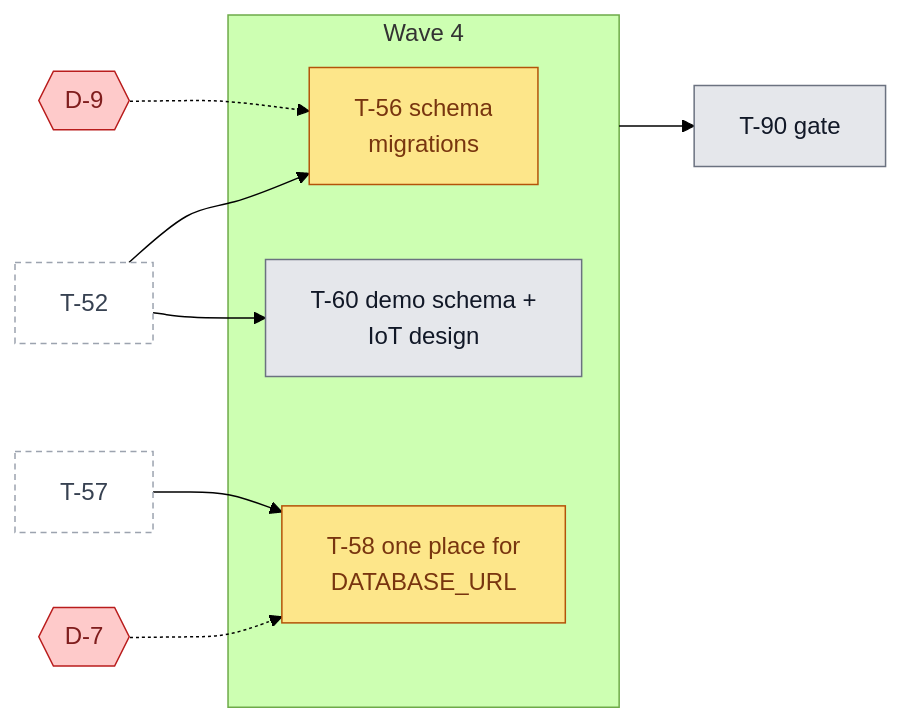
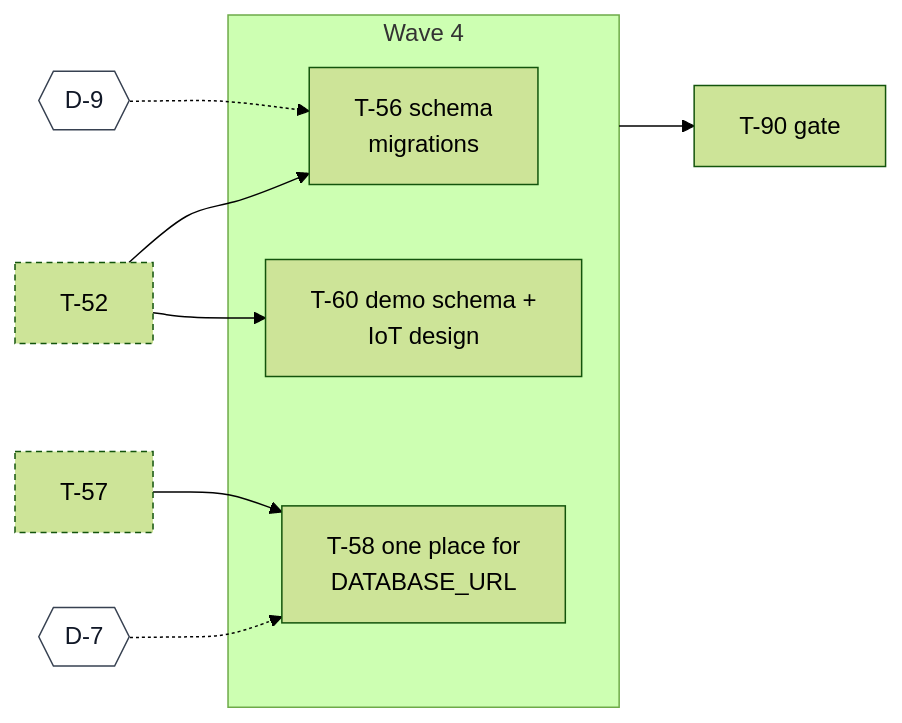
One commit to adrianfarhat/orlando-infrastructure-etl changed the fifth of 7 diagrams in docs/agents/development-status.md. Above: the diagram before and after it, drawn with Mermaid (forest theme). The commit also changed other lines of this file and 7 other files, not shown here.

First line of the commit message:
Move task status to GitHub Project, add docs conventions, and correct ETL diagram accuracy (#2)

````diff
--- a/docs/agents/development-status.md
+++ b/docs/agents/development-status.md
@@ -212,28 +180,25 @@
 ```mermaid
 flowchart LR
+  %% diagram-type: dependency
   T52p["T-52"]
   T57p["T-57"]
   D7{{"D-7"}}
   D9{{"D-9"}}
   subgraph W4["Wave 4"]
     T56["T-56 schema<br/>migrations"]
     T58["T-58 one place for<br/>DATABASE_URL"]
     T60["T-60 demo schema +<br/>IoT design"]
   end
   G4["T-90 gate"]
   T52p --> T56
   D9 -.-> T56
   T57p --> T58
   D7 -.-> T58
   T52p --> T60
   W4 --> G4
 
-  classDef todo fill:#e5e7eb,stroke:#6b7280,color:#111827
-  classDef waiting fill:#fde68a,stroke:#b45309,color:#78350f
-  classDef decision fill:#fecaca,stroke:#b91c1c,color:#7f1d1d
-  classDef prior fill:#ffffff,stroke:#9ca3af,stroke-dasharray:4 3,color:#374151
-  class T60,G4 todo
-  class T56,T58 waiting
+  classDef decision fill:#ffffff,stroke:#374151,color:#111827
+  classDef otherwave stroke-dasharray:4 3
   class D7,D9 decision
-  class T52p,T57p prior
+  class T52p,T57p otherwave
 ```
````
